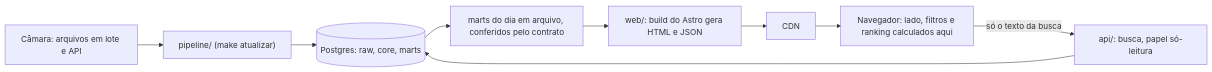
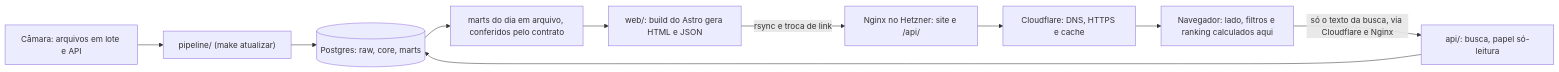
Before and after one commit to eduardocanova23/quem-esta-do-seu-lado: the diagram in docs/arquitetura/mapa.md, drawn with Mermaid. The commit also changed other lines of this file and 4 other files, not shown here.

First line of the commit message:
docs(adr): 0005 hospedagem, Nginx no Hetzner atrás do Cloudflare (#51)

````diff
--- a/docs/arquitetura/mapa.md
+++ b/docs/arquitetura/mapa.md
@@ -7,11 +7,12 @@
 ```mermaid
 flowchart LR
   camara[Câmara: arquivos em lote e API] --> pipeline["pipeline/ (make atualizar)"]
   pipeline --> pg[(Postgres: raw, core, marts)]
   pg --> export[marts do dia em arquivo, conferidos pelo contrato]
   export --> build["web/: build do Astro gera HTML e JSON"]
-  build --> cdn[CDN]
+  build -- rsync e troca de link --> nginx["Nginx no Hetzner: site e /api/"]
+  nginx --> cdn[Cloudflare: DNS, HTTPS e cache]
   cdn --> nav[Navegador: lado, filtros e ranking calculados aqui]
-  nav -- só o texto da busca --> api["api/: busca, papel só-leitura"]
+  nav -- só o texto da busca, via Cloudflare e Nginx --> api["api/: busca, papel só-leitura"]
   api --> pg
 ```
````
